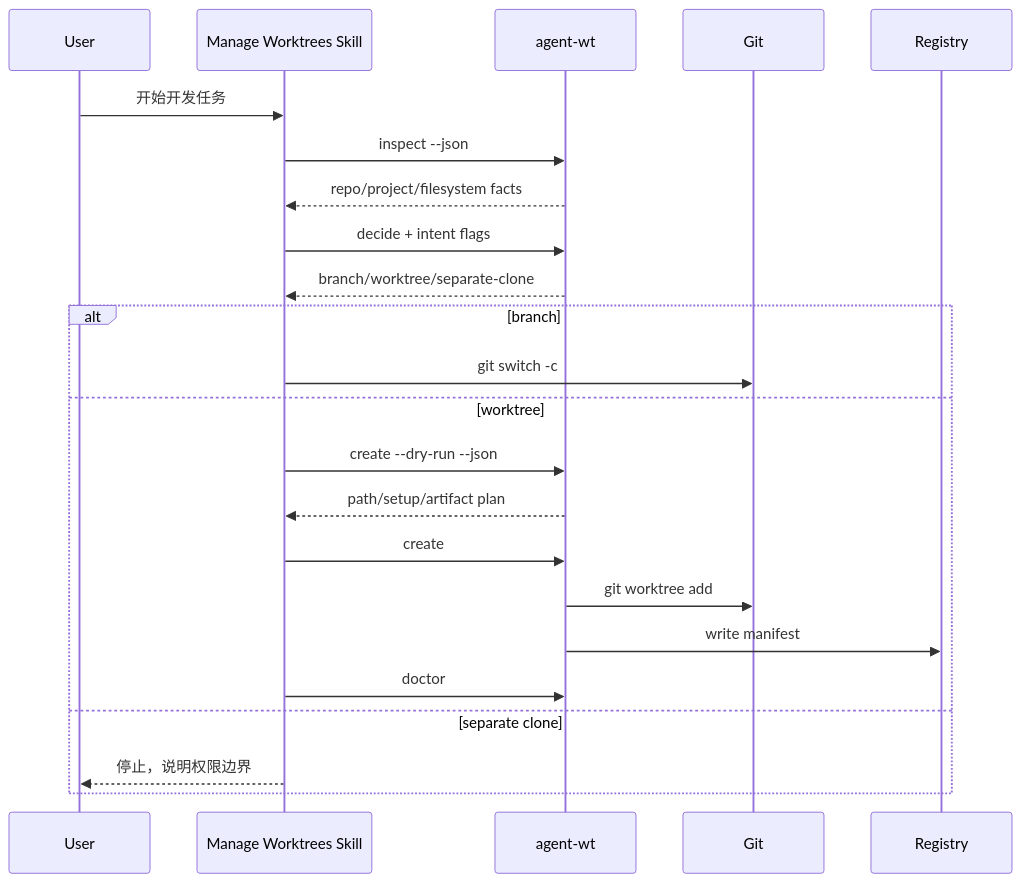
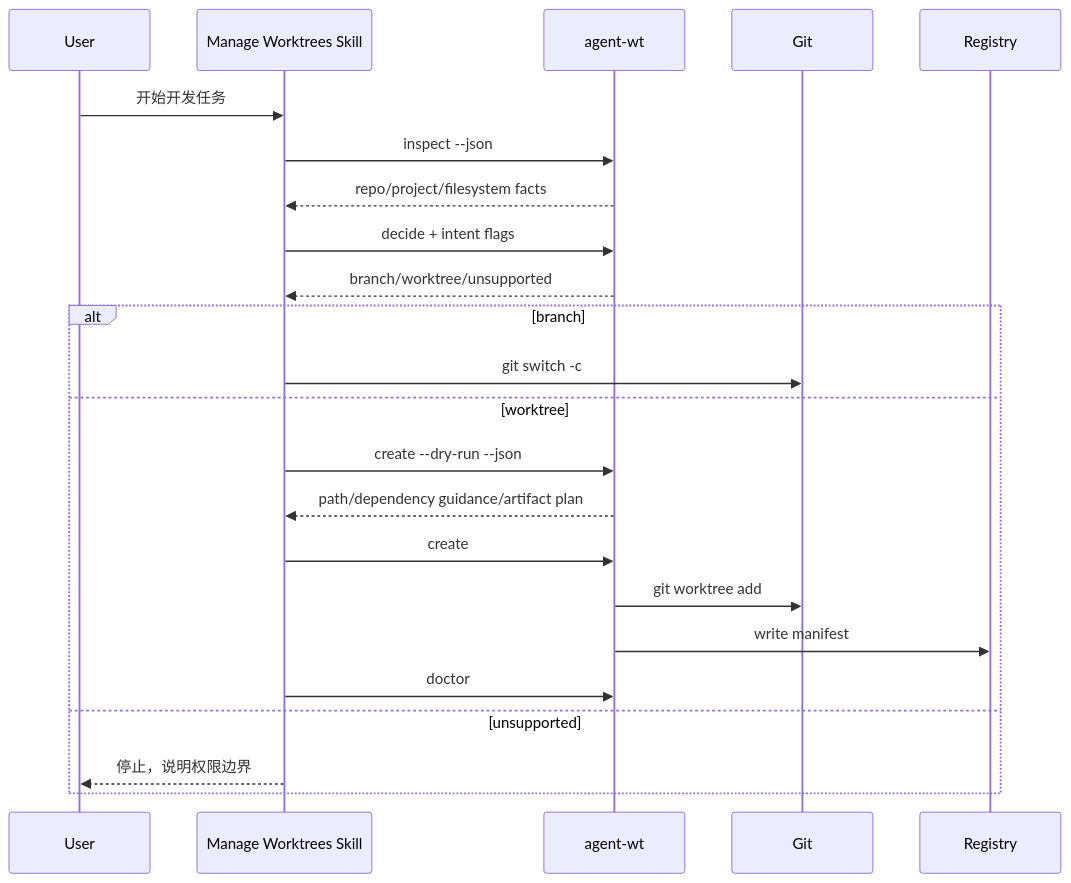
The third of 3 diagrams in docs/GIT_WORKTREE_AND_AGENT_WT_GUIDE.md (AlexJJ009/agent-tools), drawn with Mermaid before and after one commit. The commit also changed other lines of this file and 10 other files, not shown here.

````diff
--- a/docs/GIT_WORKTREE_AND_AGENT_WT_GUIDE.md
+++ b/docs/GIT_WORKTREE_AND_AGENT_WT_GUIDE.md
@@ -228,25 +231,25 @@
 ```mermaid
 sequenceDiagram
     participant U as User
     participant S as Manage Worktrees Skill
     participant C as agent-wt
     participant G as Git
     participant R as Registry
     U->>S: 开始开发任务
     S->>C: inspect --json
     C-->>S: repo/project/filesystem facts
     S->>C: decide + intent flags
-    C-->>S: branch/worktree/separate-clone
+    C-->>S: branch/worktree/unsupported
     alt branch
         S->>G: git switch -c
     else worktree
         S->>C: create --dry-run --json
-        C-->>S: path/setup/artifact plan
+        C-->>S: path/dependency guidance/artifact plan
         S->>C: create
         C->>G: git worktree add
         C->>R: write manifest
         S->>C: doctor
-    else separate clone
+    else unsupported
         S-->>U: 停止，说明权限边界
     end
 ```
````
